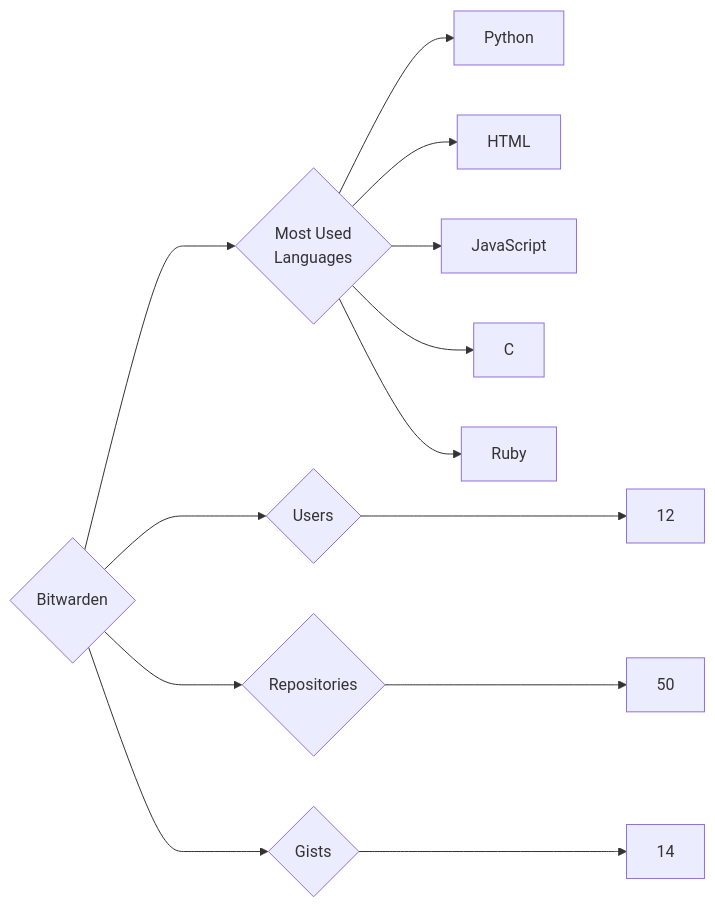
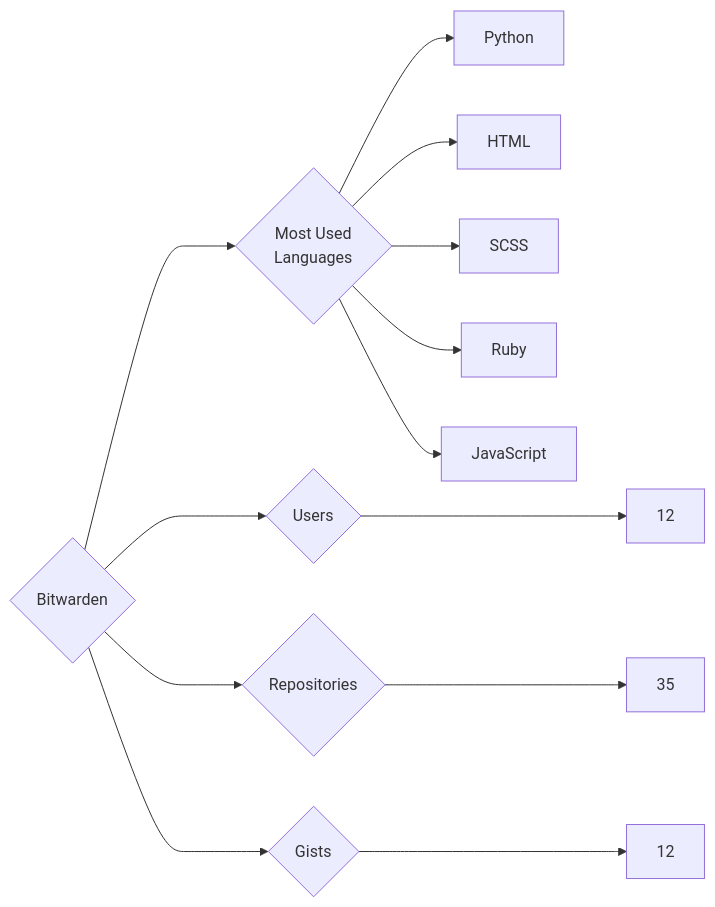
One commit to trickest/insiders changed the diagram in targets/Bitwarden/README.md. Above: the diagram before and after it, drawn with Mermaid. The commit also changed 865 other files, not shown here.

````diff
--- a/targets/Bitwarden/README.md
+++ b/targets/Bitwarden/README.md
@@ -3,13 +3,13 @@
 ```mermaid
 graph LR
 COMPANY_NAME{Bitwarden}
 COMPANY_NAME ---> U{Users} ---> UN[12]
-COMPANY_NAME ---> R{Repositories} ---> RN[50]
-COMPANY_NAME ---> G{Gists} ---> GN[14]
+COMPANY_NAME ---> R{Repositories} ---> RN[35]
+COMPANY_NAME ---> G{Gists} ---> GN[12]
 COMPANY_NAME ---> ML{Most Used<br>Languages}
 ML --> Python[Python]
 ML --> HTML[HTML]
+ML --> SCSS[SCSS]
+ML --> Ruby[Ruby]
 ML --> JavaScript[JavaScript]
-ML --> C[C]
-ML --> Ruby[Ruby]
 ```
````
